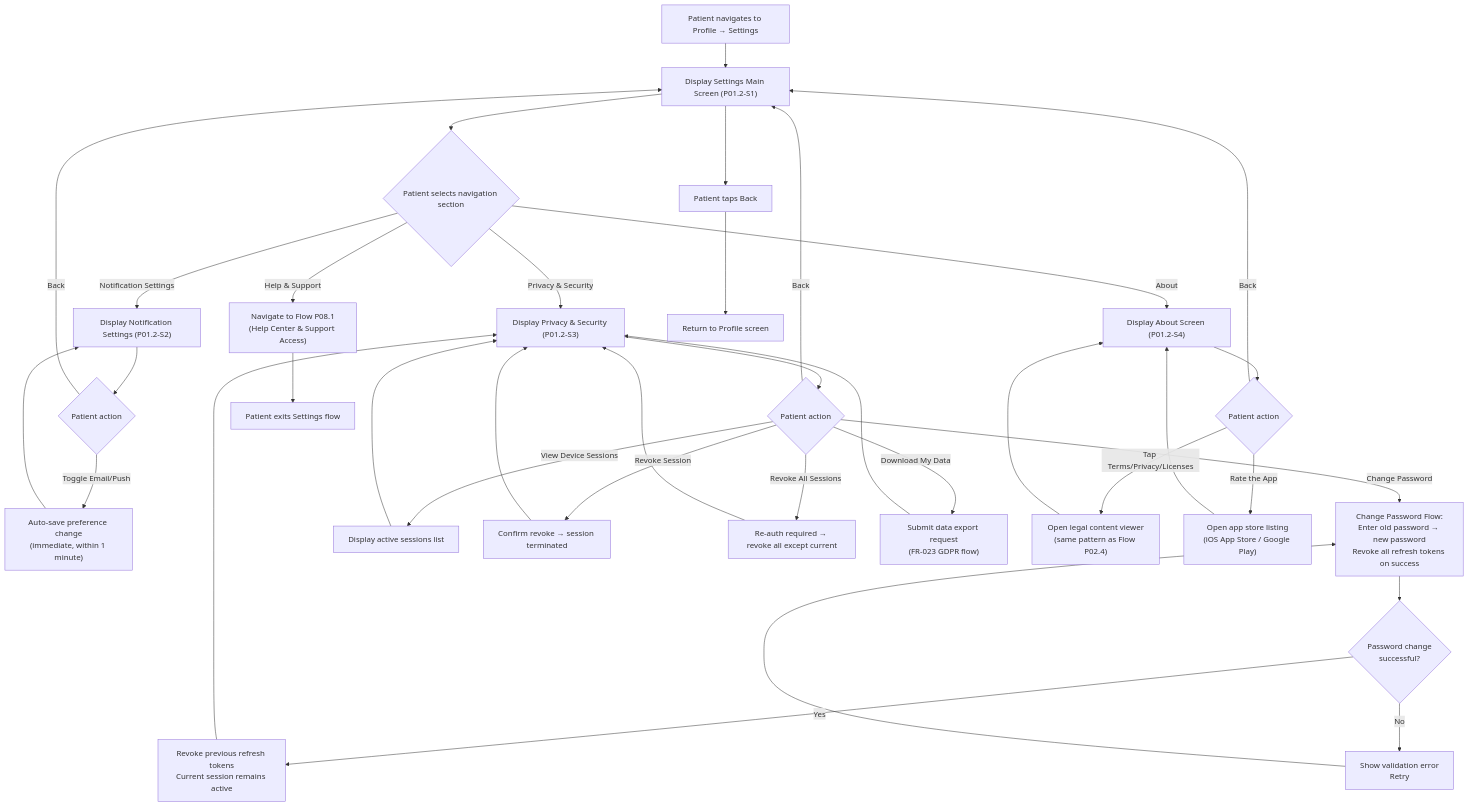
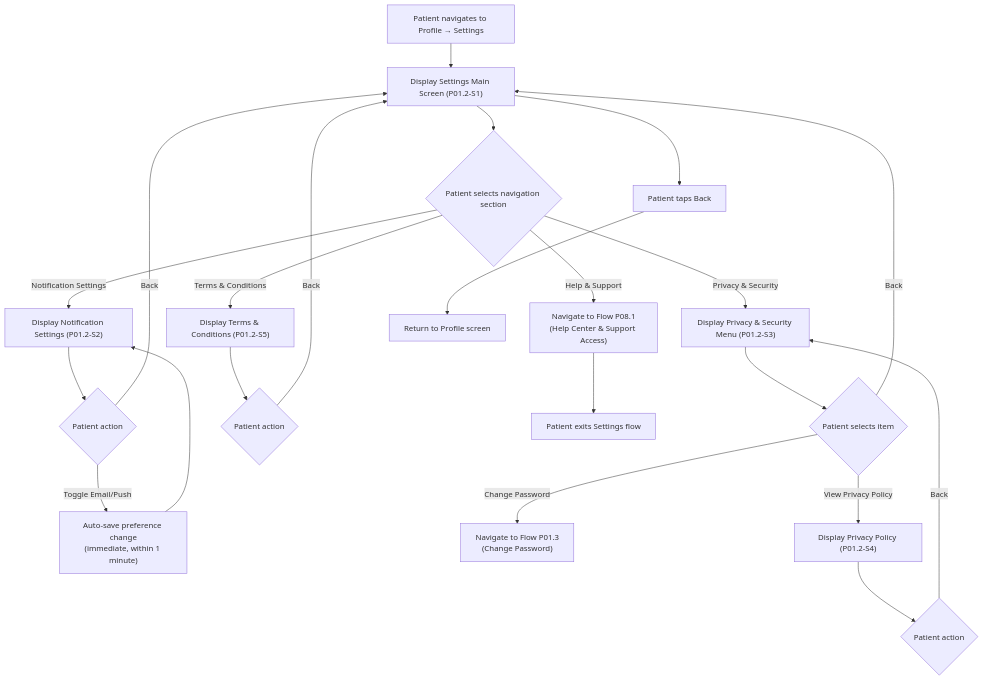
The second of 15 diagrams in reports/2026-02-05/missing-mobile-flows-design-complement.md (joachimtrungtuan/hairline-pm-docs), drawn with Mermaid before and after one commit. The commit also changed other lines of this file and 3 other files, not shown here.

Commit message:
Update P01.2 and P01.3 in the missing mobile flows

````diff
--- a/reports/2026-02-05/missing-mobile-flows-design-complement.md
+++ b/reports/2026-02-05/missing-mobile-flows-design-complement.md
@@ -193,47 +194,31 @@
 ```mermaid
 flowchart TD
     Start["Patient navigates to Profile → Settings"] --> MainScreen["Display Settings Main Screen (P01.2-S1)"]
 
     MainScreen --> Choice{"Patient selects navigation section"}
 
     Choice -->|Notification Settings| NotifScreen["Display Notification Settings (P01.2-S2)"]
-    Choice -->|Privacy & Security| PrivacyScreen["Display Privacy & Security (P01.2-S3)"]
+    Choice -->|Privacy & Security| PrivacyMenu["Display Privacy & Security Menu (P01.2-S3)"]
+    Choice -->|Terms & Conditions| TermsScreen["Display Terms & Conditions (P01.2-S5)"]
     Choice -->|Help & Support| HelpFlow["Navigate to Flow P08.1<br/>(Help Center & Support Access)"]
-    Choice -->|About| AboutScreen["Display About Screen (P01.2-S4)"]
 
     NotifScreen --> NotifActions{"Patient action"}
     NotifActions -->|Toggle Email/Push| SavePrefs["Auto-save preference change<br/>(immediate, within 1 minute)"]
     NotifActions -->|Back| MainScreen
     SavePrefs --> NotifScreen
 
-    PrivacyScreen --> PrivacyActions{"Patient action"}
-    PrivacyActions -->|Change Password| PwdFlow["Change Password Flow:<br/>Enter old password → new password<br/>Revoke all refresh tokens on success"]
-    PrivacyActions -->|View Device Sessions| SessionsList["Display active sessions list"]
-    PrivacyActions -->|Revoke Session| RevokeConfirm["Confirm revoke → session terminated"]
-    PrivacyActions -->|Revoke All Sessions| ReauthRevoke["Re-auth required → revoke all except current"]
-    PrivacyActions -->|Download My Data| ExportRequest["Submit data export request<br/>(FR-023 GDPR flow)"]
-    PrivacyActions -->|Back| MainScreen
+    PrivacyMenu --> PrivacyChoice{"Patient selects item"}
+    PrivacyChoice -->|Change Password| ChangePwdFlow["Navigate to Flow P01.3<br/>(Change Password)"]
+    PrivacyChoice -->|View Privacy Policy| PrivacyPolicy["Display Privacy Policy (P01.2-S4)"]
+    PrivacyChoice -->|Back| MainScreen
 
-    PwdFlow --> PwdSuccess{"Password change<br/>successful?"}
-    PwdSuccess -->|Yes| TokenRevoke["Revoke previous refresh tokens<br/>Current session remains active"]
-    PwdSuccess -->|No| PwdError["Show validation error<br/>Retry"]
-    TokenRevoke --> PrivacyScreen
-    PwdError --> PwdFlow
+    PrivacyPolicy --> PrivacyPolicyActions{"Patient action"}
+    PrivacyPolicyActions -->|Back| PrivacyMenu
 
-    SessionsList --> PrivacyScreen
-    RevokeConfirm --> PrivacyScreen
-    ReauthRevoke --> PrivacyScreen
-    ExportRequest --> PrivacyScreen
-
-    AboutScreen --> AboutActions{"Patient action"}
-    AboutActions -->|Tap Terms/Privacy/Licenses| LegalViewer["Open legal content viewer<br/>(same pattern as Flow P02.4)"]
-    AboutActions -->|Rate the App| AppStore["Open app store listing<br/>(iOS App Store / Google Play)"]
-    AboutActions -->|Back| MainScreen
-
-    LegalViewer --> AboutScreen
-    AppStore --> AboutScreen
+    TermsScreen --> TermsActions{"Patient action"}
+    TermsActions -->|Back| MainScreen
 
     HelpFlow --> End1["Patient exits Settings flow"]
 
     MainScreen --> Back["Patient taps Back"] --> End2["Return to Profile screen"]
 ```
````
